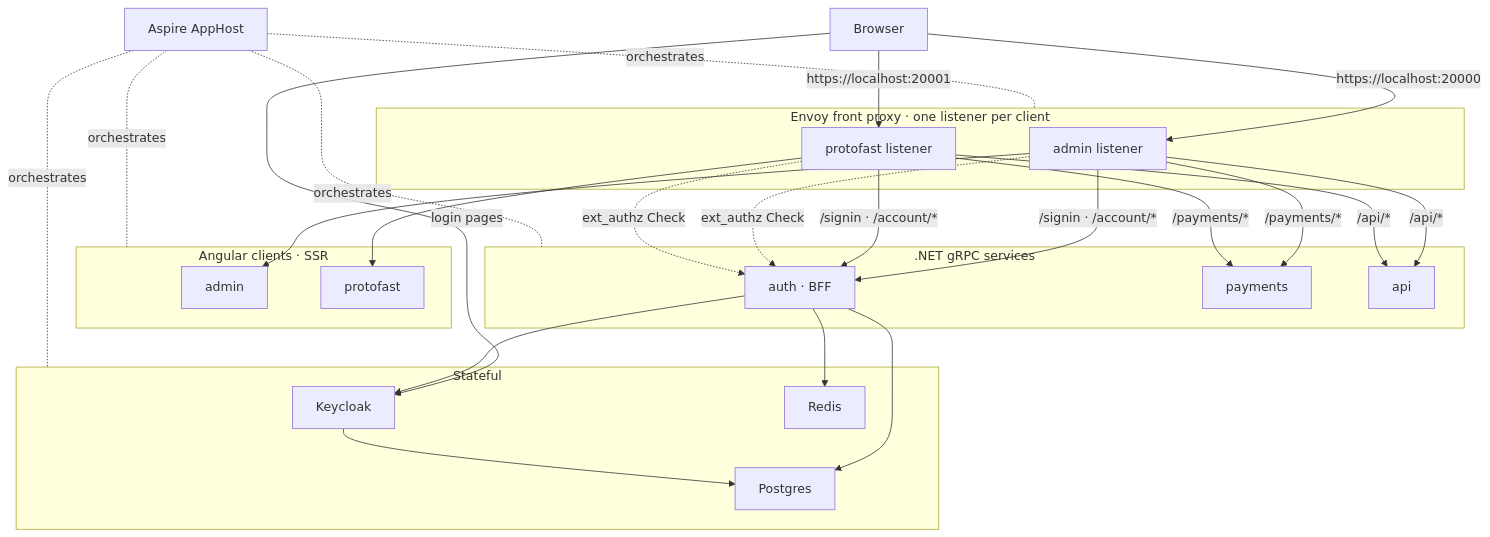
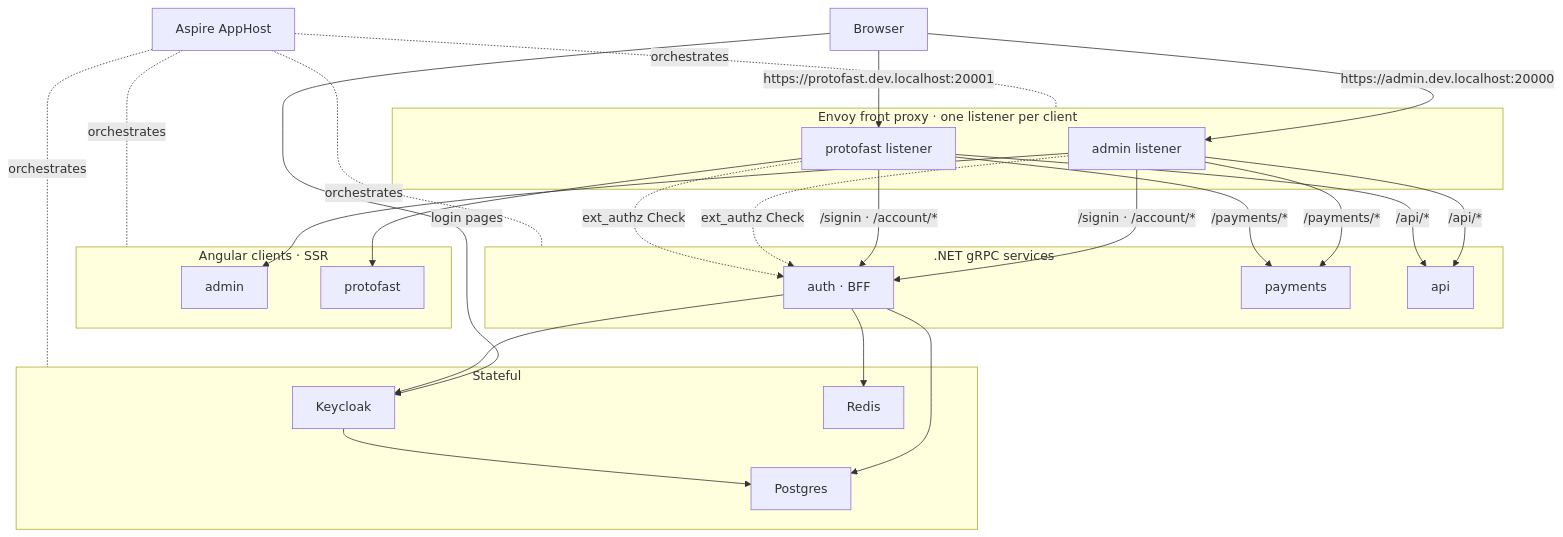
The diagram in README.md (duncan-G/ProtoFast), drawn with Mermaid before and after one commit. The commit also changed other lines of this file and 30 other files, not shown here.

````diff
--- a/README.md
+++ b/README.md
@@ -5,47 +5,47 @@
 ```mermaid
 graph TD
     Browser["Browser"]
 
     subgraph Envoy["Envoy front proxy · one listener per client"]
         LAdmin["admin listener"]
         LPF["protofast listener"]
     end
 
     subgraph Clients["Angular clients · SSR"]
         NgAdmin["admin"]
         NgPF["protofast"]
     end
 
     subgraph Services[".NET gRPC services"]
         Auth["auth · BFF"]
         Payments["payments"]
         Api["api"]
     end
 
     subgraph State["Stateful"]
         KC["Keycloak"]
         PG["Postgres"]
         Redis["Redis"]
     end
 
-    Browser -->|"https://localhost:20000"| LAdmin
-    Browser -->|"https://localhost:20001"| LPF
+    Browser -->|"https://admin.dev.localhost:20000"| LAdmin
+    Browser -->|"https://protofast.dev.localhost:20001"| LPF
     Browser -->|"login pages"| KC
 
     LAdmin --> NgAdmin
     LPF --> NgPF
     LAdmin & LPF -->|"/signin · /account/*"| Auth
     LAdmin & LPF -->|"/payments/*"| Payments
     LAdmin & LPF -->|"/api/*"| Api
     LAdmin & LPF -.->|"ext_authz Check"| Auth
 
     Auth --> KC
     Auth --> Redis
     Auth --> PG
     KC --> PG
 
     Aspire["Aspire AppHost"] -.-|orchestrates| Envoy
     Aspire -.-|orchestrates| Clients
     Aspire -.-|orchestrates| Services
     Aspire -.-|orchestrates| State
 ```
````
